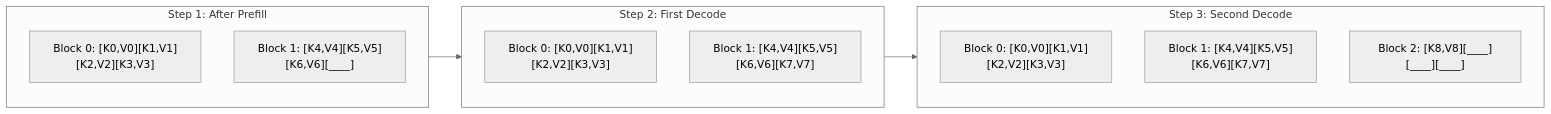
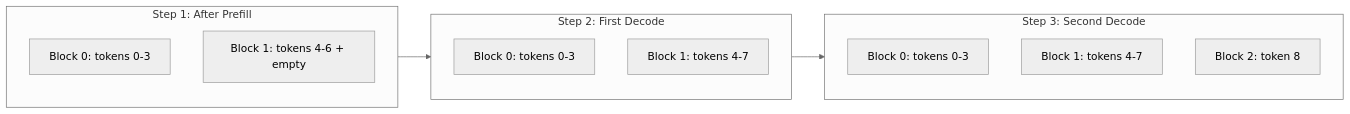
One commit to Shahriarin2garden/vllm_from_scratch changed the fourth of 37 diagrams in lab0.2/lab02.md. Above: the diagram before and after it, drawn with Mermaid (neutral theme). The commit also changed other lines of this file and 2 other files, not shown here.

Commit message:
Refactor diagrams in README.md and lab0.2final.md for clarity and consistency

````diff
--- a/lab0.2/lab02.md
+++ b/lab0.2/lab02.md
@@ -181,17 +181,17 @@
 ```mermaid
 graph LR
     subgraph Step1["Step 1: After Prefill"]
-        B0_1["Block 0: [K0,V0][K1,V1][K2,V2][K3,V3]"]
-        B1_1["Block 1: [K4,V4][K5,V5][K6,V6][____]"] 
+        B0_1["Block 0: tokens 0-3"]
+        B1_1["Block 1: tokens 4-6 + empty"] 
     end
     subgraph Step2["Step 2: First Decode"]
-        B0_2["Block 0: [K0,V0][K1,V1][K2,V2][K3,V3]"]
-        B1_2["Block 1: [K4,V4][K5,V5][K6,V6][K7,V7]"] 
+        B0_2["Block 0: tokens 0-3"]
+        B1_2["Block 1: tokens 4-7"] 
     end
     subgraph Step3["Step 3: Second Decode"]
-        B0_3["Block 0: [K0,V0][K1,V1][K2,V2][K3,V3]"]
-        B1_3["Block 1: [K4,V4][K5,V5][K6,V6][K7,V7]"]
-        B2_3["Block 2: [K8,V8][____][____][____]"] 
+        B0_3["Block 0: tokens 0-3"]
+        B1_3["Block 1: tokens 4-7"]
+        B2_3["Block 2: token 8"] 
     end    
     Step1 --> Step2 --> Step3
 ```
````
